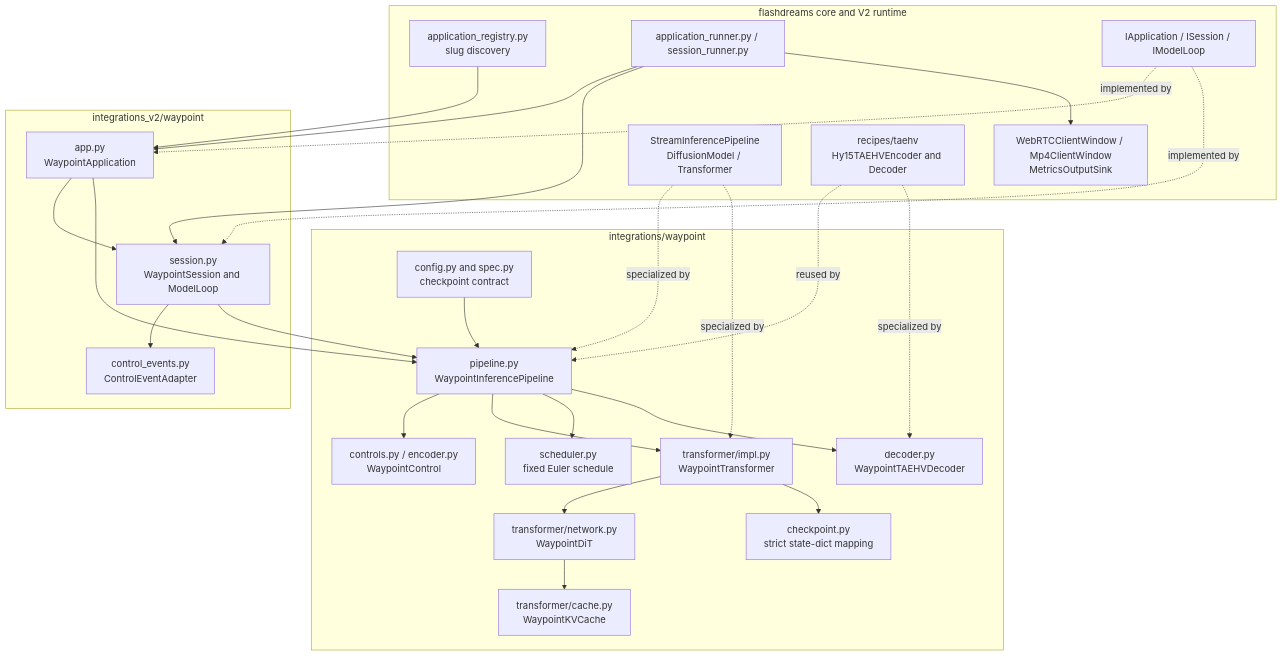
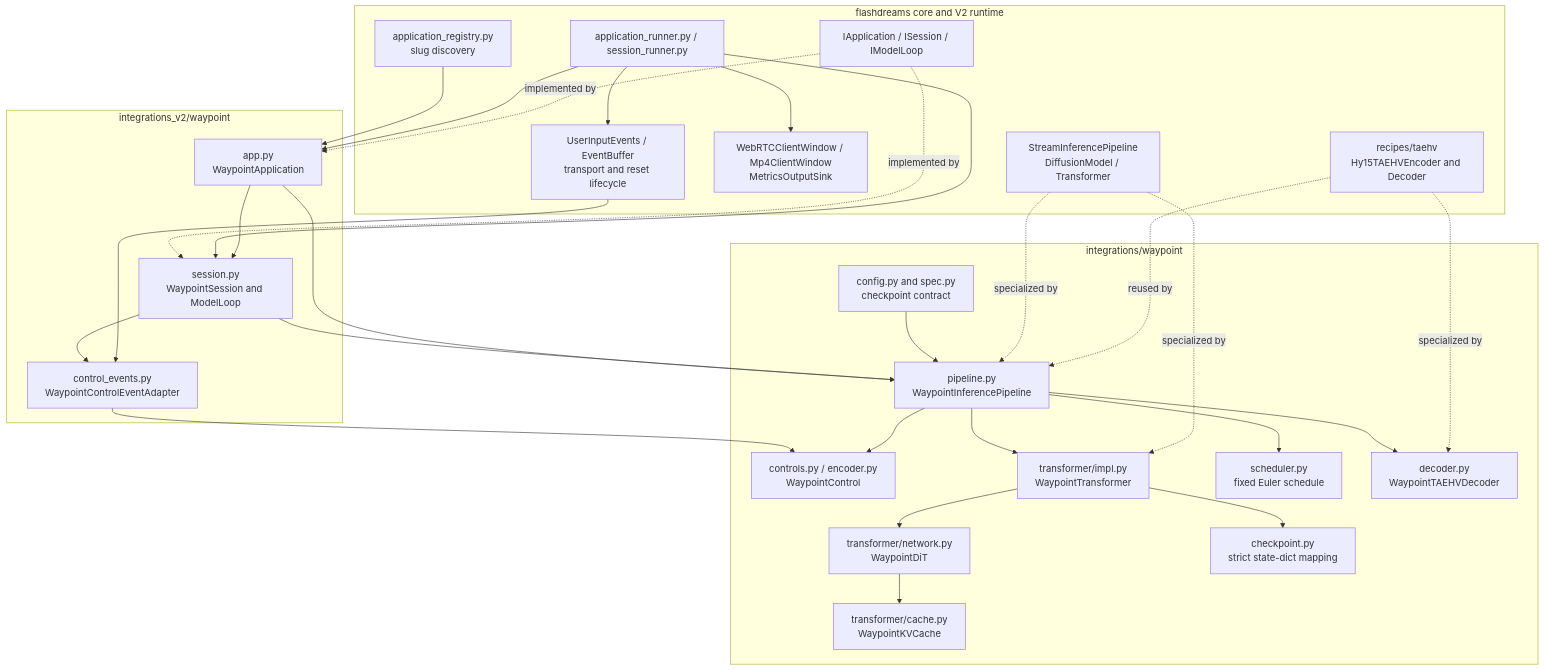
The second of 4 diagrams in integrations/waypoint/README.md (NVIDIA/flashdreams), drawn with Mermaid before and after one commit. The commit also changed other lines of this file and 7 other files, not shown here.

Commit message:
refactor(waypoint): clarify action input boundary

````diff
--- a/integrations/waypoint/README.md
+++ b/integrations/waypoint/README.md
@@ -74,52 +79,56 @@
 ```mermaid
 flowchart TB
     subgraph core[flashdreams core and V2 runtime]
         registry[application_registry.py<br/>slug discovery]
         runner[application_runner.py / session_runner.py]
         api[IApplication / ISession / IModelLoop]
+        input[UserInputEvents / EventBuffer<br/>transport and reset lifecycle]
         sinks[WebRTCClientWindow / Mp4ClientWindow<br/>MetricsOutputSink]
         base[StreamInferencePipeline<br/>DiffusionModel / Transformer]
         taehv[recipes/taehv<br/>Hy15TAEHVEncoder and Decoder]
     end
 
     subgraph adapter[integrations_v2/waypoint]
         app[app.py<br/>WaypointApplication]
         session[session.py<br/>WaypointSession and ModelLoop]
-        events[control_events.py<br/>ControlEventAdapter]
+        events[control_events.py<br/>WaypointControlEventAdapter]
     end
 
     subgraph waypoint[integrations/waypoint]
         config[config.py and spec.py<br/>checkpoint contract]
         pipeline[pipeline.py<br/>WaypointInferencePipeline]
         controls[controls.py / encoder.py<br/>WaypointControl]
         transformer[transformer/impl.py<br/>WaypointTransformer]
         network[transformer/network.py<br/>WaypointDiT]
         cache[transformer/cache.py<br/>WaypointKVCache]
         scheduler[scheduler.py<br/>fixed Euler schedule]
         codec[decoder.py<br/>WaypointTAEHVDecoder]
         checkpoint[checkpoint.py<br/>strict state-dict mapping]
     end
 
     registry --> app
     runner --> app
     api -. implemented by .-> app
     api -. implemented by .-> session
     runner --> session
+    runner --> input
     runner --> sinks
     app --> session
     app --> pipeline
     session --> events
     session --> pipeline
+    input --> events
+    events --> controls
     pipeline --> controls
     pipeline --> transformer
     pipeline --> scheduler
     pipeline --> codec
     transformer --> network
     network --> cache
     transformer --> checkpoint
     config --> pipeline
     base -. specialized by .-> pipeline
     base -. specialized by .-> transformer
     taehv -. reused by .-> pipeline
     taehv -. specialized by .-> codec
 ```
````
